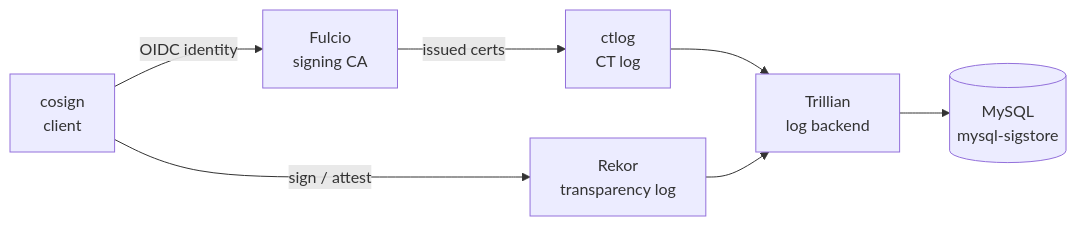
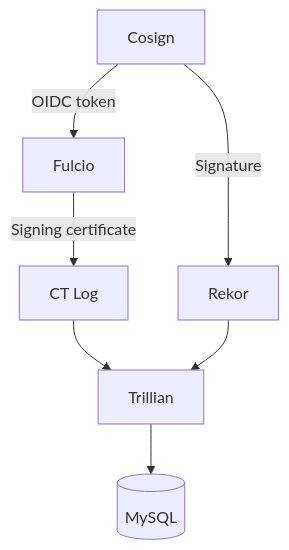
One commit to sentenz/template-k8s changed the second of 2 diagrams in docs/architecture.md. Above: the diagram before and after it, drawn with Mermaid. The commit also changed other lines of this file and 20 other files, not shown here.

````diff
--- a/docs/architecture.md
+++ b/docs/architecture.md
@@ -96,16 +108,16 @@
 ```mermaid
-flowchart LR
-    cosign[cosign<br/>client]
-    fulcio[Fulcio<br/>signing CA]
-    ctlog[ctlog<br/>CT log]
-    rekor[Rekor<br/>transparency log]
-    trillian[Trillian<br/>log backend]
-    mysql[(MySQL<br/>mysql-sigstore)]
+flowchart TD
+    signer["Cosign"]
+    fulcio["Fulcio"]
+    ctlog["CT Log"]
+    rekor["Rekor"]
+    trillian["Trillian"]
+    mysql[("MySQL")]
 
-    cosign --> |OIDC identity| fulcio
-    fulcio --> |issued certs| ctlog
-    cosign --> |sign / attest| rekor
+    signer -->|OIDC token| fulcio
+    signer -->|Signature| rekor
+    fulcio -->|Signing certificate| ctlog
     ctlog --> trillian
     rekor --> trillian
     trillian --> mysql
 ```
````
